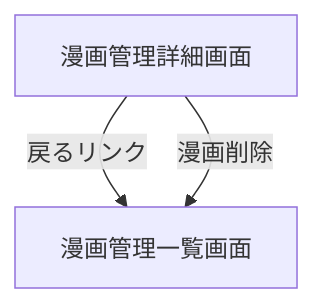
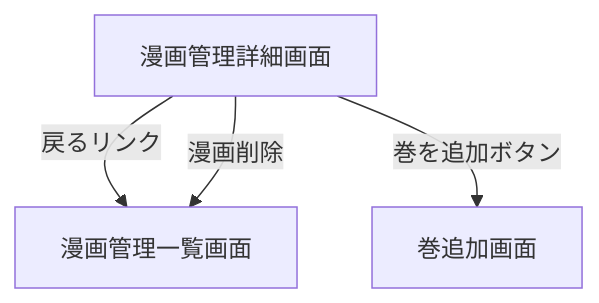
The diagram in docs/spec/admin/comic-detail.md (gumi-umauma/commic-viwer), drawn with Mermaid before and after one commit. The commit also changed other lines of this file and 10 other files, not shown here.

````diff
--- a/docs/spec/admin/comic-detail.md
+++ b/docs/spec/admin/comic-detail.md
@@ -52,5 +53,6 @@
 ```mermaid
 graph TD
   A[漫画管理詳細画面] -->|戻るリンク| B[漫画管理一覧画面]
   A -->|漫画削除| B
+  A -->|巻を追加ボタン| C[巻追加画面]
 ```
````
